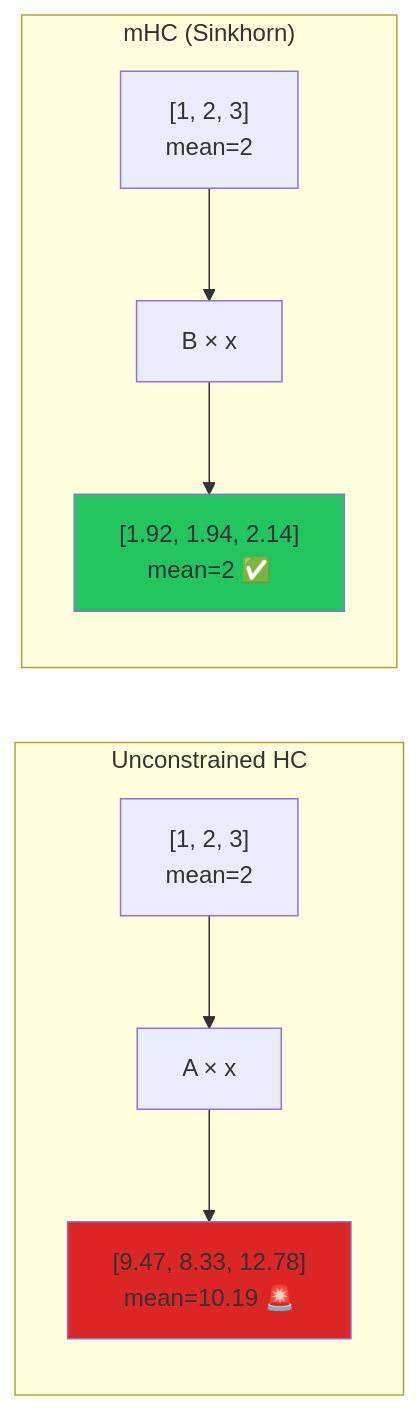
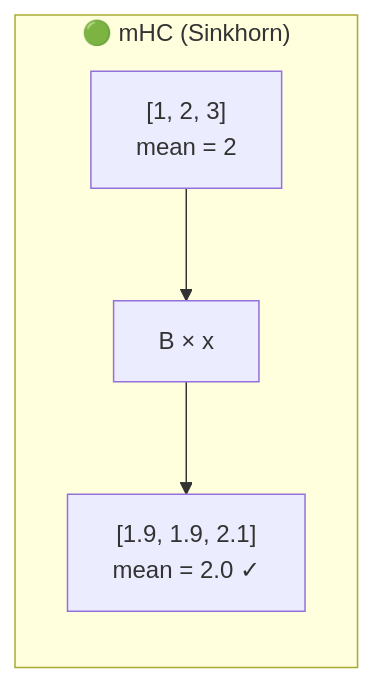
One commit to sandeeppandey456/sandeeppandey456.github.io changed the ninth of 11 diagrams in _posts/2026-01-06-manifold-constrained-hyper-connections.md. Above: the diagram before and after it, drawn with Mermaid. The commit also changed other lines of this file, not shown here.

Commit message:
post about mhc improved

```diff
--- a/_posts/2026-01-06-manifold-constrained-hyper-connections.md
+++ b/_posts/2026-01-06-manifold-constrained-hyper-connections.md
@@ -356,13 +412,6 @@
 <div class="mermaid">
-flowchart LR
-    subgraph Before["Unconstrained HC"]
-        I1["[1, 2, 3]<br/>mean=2"] --> A1["A × x"] --> O1["[9.47, 8.33, 12.78]<br/>mean=10.19 🚨"]
+graph LR
+    subgraph MHC["🟢 mHC (Sinkhorn)"]
+        I2["[1, 2, 3]<br/>mean = 2"] --> B["B × x"] --> O2["[1.9, 1.9, 2.1]<br/>mean = 2.0 ✓"]
     end
-    
-    subgraph After["mHC (Sinkhorn)"]
-        I2["[1, 2, 3]<br/>mean=2"] --> A2["B × x"] --> O2["[1.92, 1.94, 2.14]<br/>mean=2 ✅"]
-    end
-    
-    style O1 fill:#dc2626
-    style O2 fill:#22c55e
 </div>
```
